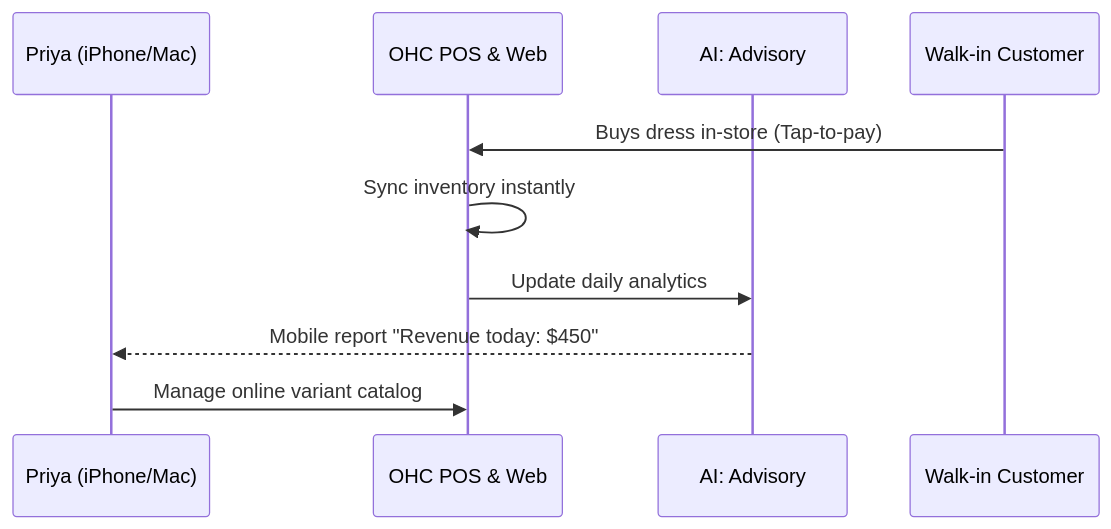
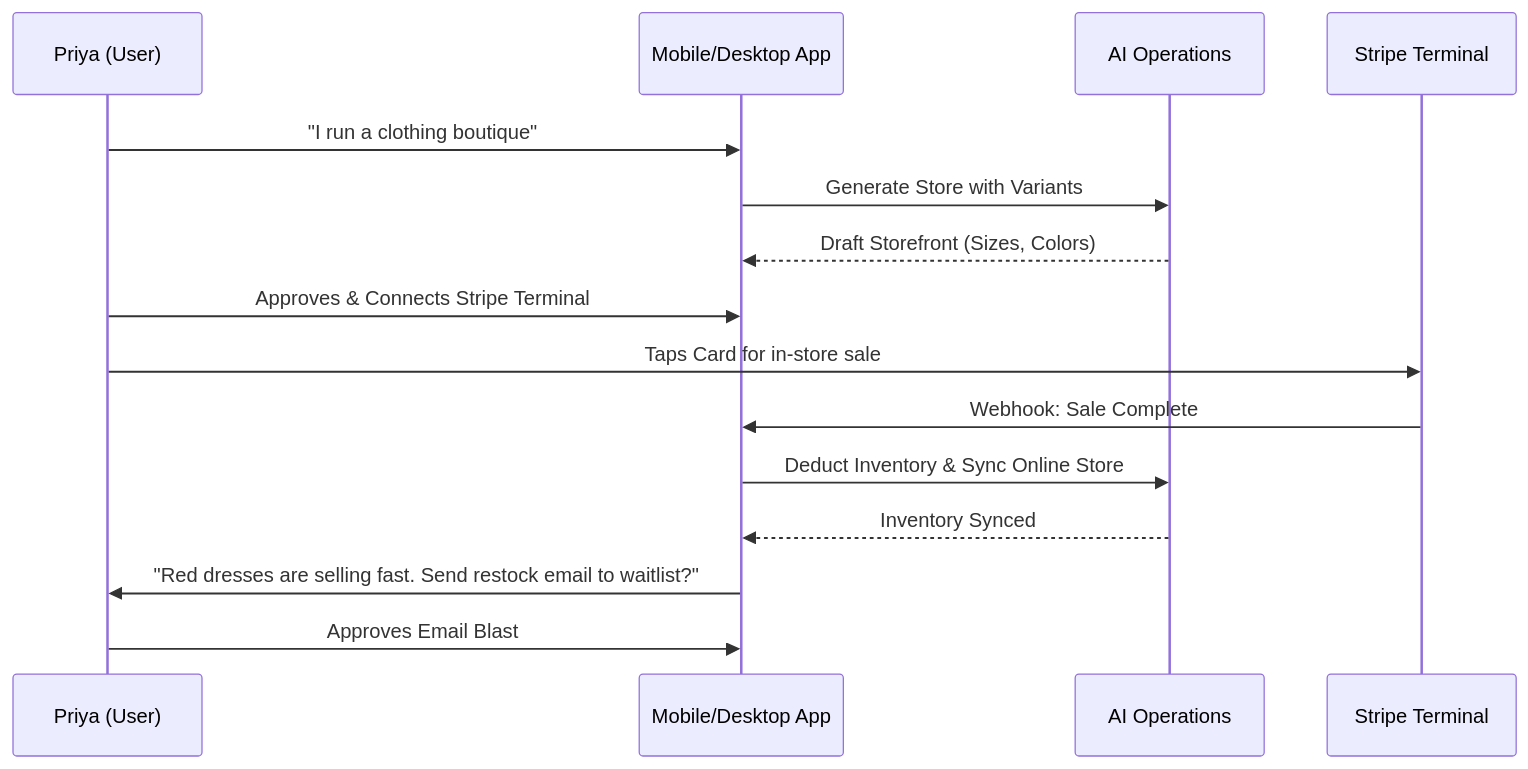
Before and after one commit to omnisolo-llc/onehumancorp: the third of 5 diagrams in .agent-task/report/task_output.md, drawn with Mermaid. The commit also changed other lines of this file, not shown here.

First line of the commit message:
Add Business Journey Architecture research report

````diff
--- a/.agent-task/report/task_output.md
+++ b/.agent-task/report/task_output.md
@@ -76,13 +146,23 @@
 ```mermaid
 sequenceDiagram
-    participant Priya as Priya (iPhone/Mac)
-    participant OHC as OHC POS & Web
-    participant AI_Advisory as AI: Advisory
-    participant Customer as Walk-in Customer
+    participant P as Priya (User)
+    participant App as Mobile/Desktop App
+    participant AI_O as AI Operations
+    participant Stripe as Stripe Terminal
 
-    Customer->>OHC: Buys dress in-store (Tap-to-pay)
-    OHC->>OHC: Sync inventory instantly
-    OHC->>AI_Advisory: Update daily analytics
-    AI_Advisory-->>Priya: Mobile report "Revenue today: $450"
-    Priya->>OHC: Manage online variant catalog
+    %% Onboarding
+    P->>App: "I run a clothing boutique"
+    App->>AI_O: Generate Store with Variants
+    AI_O-->>App: Draft Storefront (Sizes, Colors)
+    P->>App: Approves & Connects Stripe Terminal
+
+    %% Activation (In-Store Sync)
+    P->>Stripe: Taps Card for in-store sale
+    Stripe->>App: Webhook: Sale Complete
+    App->>AI_O: Deduct Inventory & Sync Online Store
+    AI_O-->>App: Inventory Synced
+
+    %% Advisory
+    App->>P: "Red dresses are selling fast. Send restock email to waitlist?"
+    P->>App: Approves Email Blast
 ```
````
